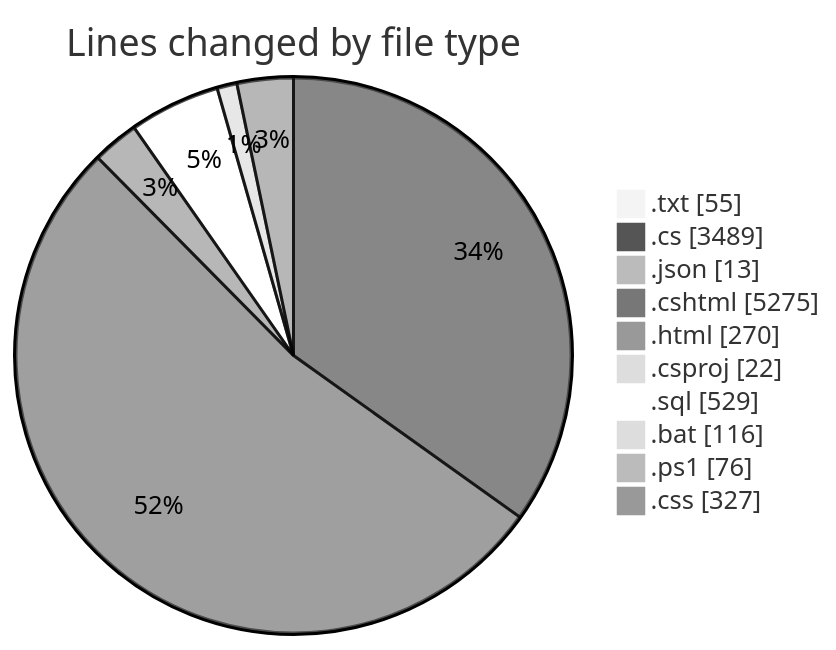
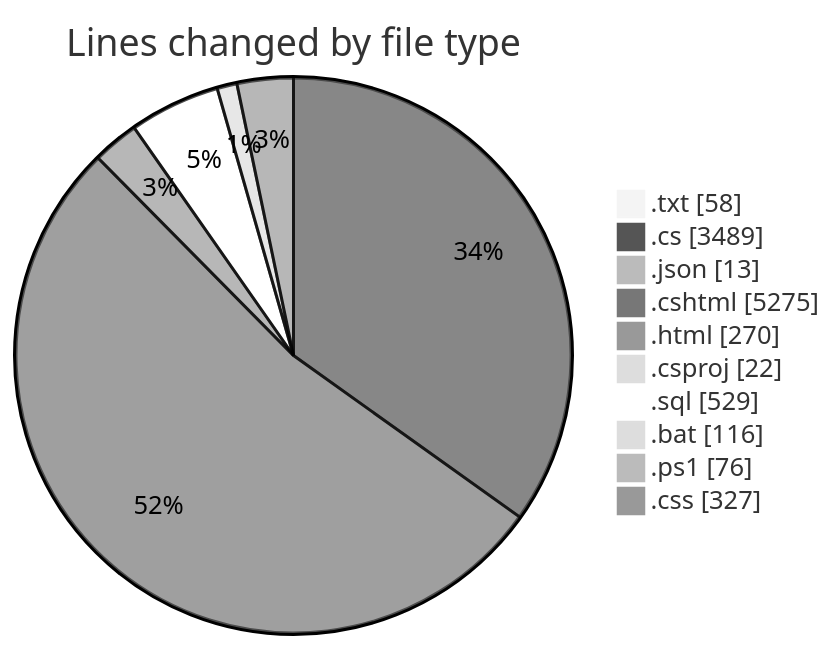
The first of 2 diagrams in 2025-07-27/quanlyrapchieuphim-1/README.md (lephambinh05/code-tracking), drawn with Mermaid (neutral theme) before and after one commit. The commit also changed other lines of this file and 1 other file, not shown here.

````diff
--- a/2025-07-27/quanlyrapchieuphim-1/README.md
+++ b/2025-07-27/quanlyrapchieuphim-1/README.md
@@ -52,14 +52,14 @@
 ```mermaid
 pie showData
 title Lines changed by file type
-".txt" : 55
+".txt" : 58
 ".cs" : 3489
 ".json" : 13
 ".cshtml" : 5275
 ".html" : 270
 ".csproj" : 22
 ".sql" : 529
 ".bat" : 116
 ".ps1" : 76
 ".css" : 327
 ```
````
